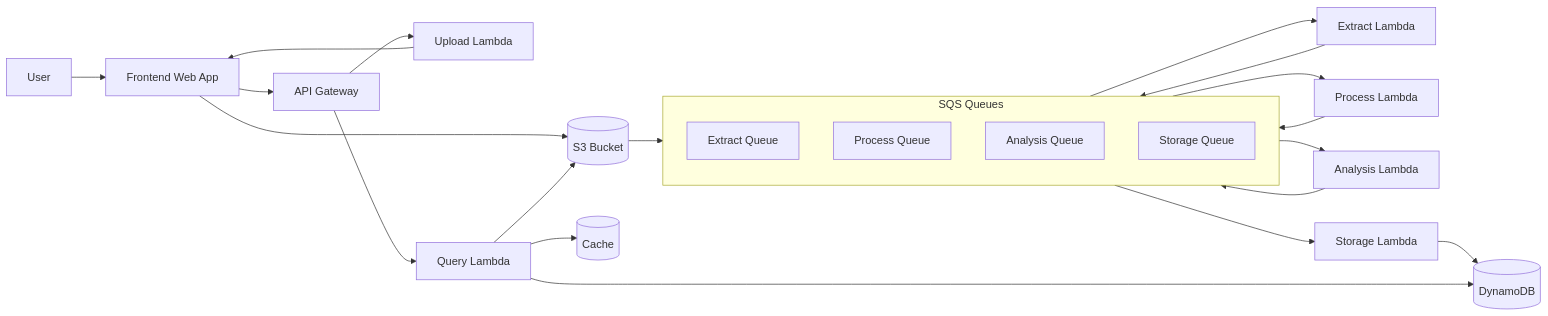
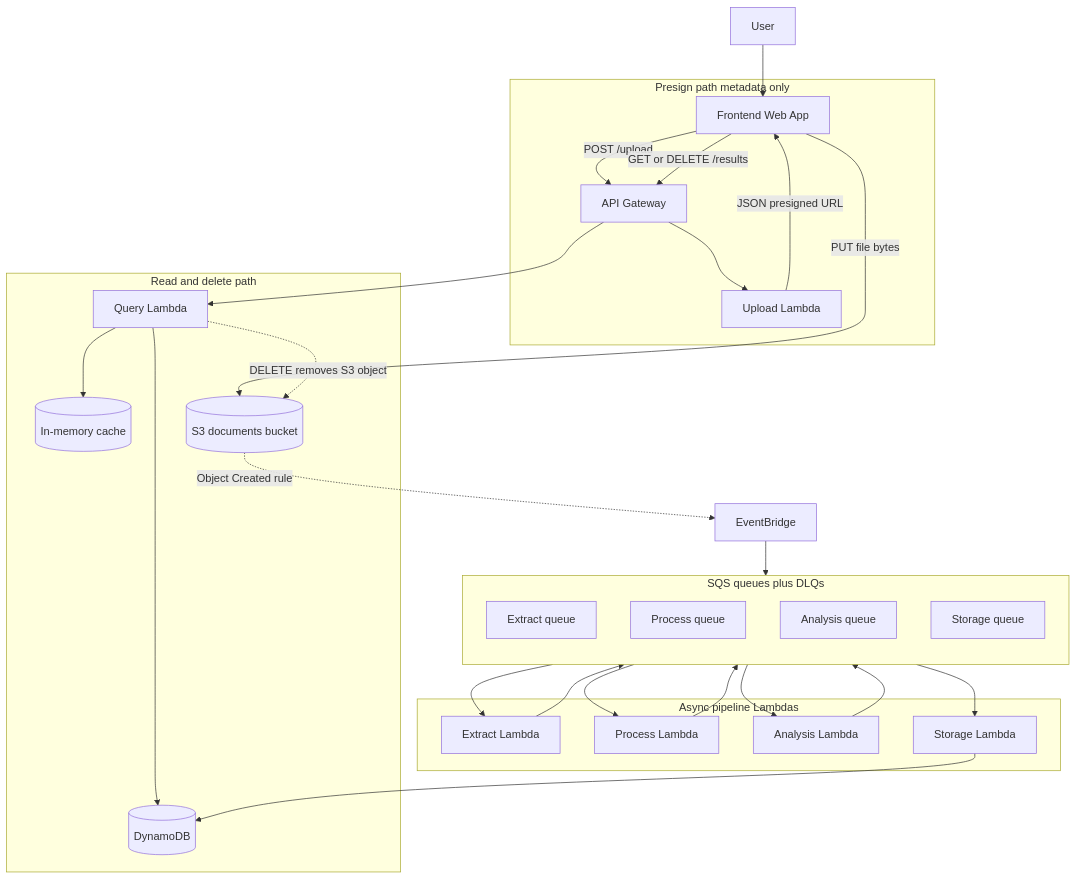
The diagram in README.md (itZfelixlu/CS6620FinalProject), drawn with Mermaid before and after one commit. The commit also changed other lines of this file and 8 other files, not shown here.

````diff
--- a/README.md
+++ b/README.md
@@ -4,44 +6,56 @@
 ```mermaid
-flowchart LR
+flowchart TB
   U[User]
   FE[Frontend Web App]
   APIGW[API Gateway]
   UL[Upload Lambda]
   QL[Query Lambda]
-  S3[(S3 Bucket)]
+  CACHE[(In-memory cache)]
+  S3[(S3 documents bucket)]
   DDB[(DynamoDB)]
-  CACHE[(Cache)]
-  EL[Extract Lambda]
-  PL[Process Lambda]
-  AL[Analysis Lambda]
-  SL[Storage Lambda]
+  EB[EventBridge]
 
-  subgraph SQS["SQS Queues"]
+  subgraph Pipeline["Async pipeline Lambdas"]
+    EL[Extract Lambda]
+    PL[Process Lambda]
+    AL[Analysis Lambda]
+    SL[Storage Lambda]
+  end
+
+  subgraph SQS["SQS queues plus DLQs"]
     direction TB
-    SQSE[Extract Queue]
-    SQSP[Process Queue]
-    SQSA[Analysis Queue]
-    SQSS[Storage Queue]
+    SQSE[Extract queue]
+    SQSP[Process queue]
+    SQSA[Analysis queue]
+    SQSS[Storage queue]
   end
 
   U --> FE
-  FE --> APIGW
-  APIGW --> UL
-  UL --> FE
-  FE --> S3
 
-  S3 --> SQSE
+  subgraph UploadPath["Presign path metadata only"]
+    FE -->|POST /upload| APIGW
+    APIGW --> UL
+    UL -->|JSON presigned URL| FE
+  end
+
+  FE -->|PUT file bytes| S3
+
+  subgraph ReadPath["Read and delete path"]
+    FE -->|GET or DELETE /results| APIGW
+    APIGW --> QL
+    QL --> DDB
+    QL --> CACHE
+    QL -.->|DELETE removes S3 object| S3
+  end
+
+  S3 -.->|Object Created rule| EB
+  EB --> SQSE
   SQSE --> EL
   EL --> SQSP
   SQSP --> PL
   PL --> SQSA
   SQSA --> AL
   AL --> SQSS
   SQSS --> SL
   SL --> DDB
-
-  APIGW --> QL
-  QL --> DDB
-  QL --> CACHE
-  QL --> S3
 ```
````
